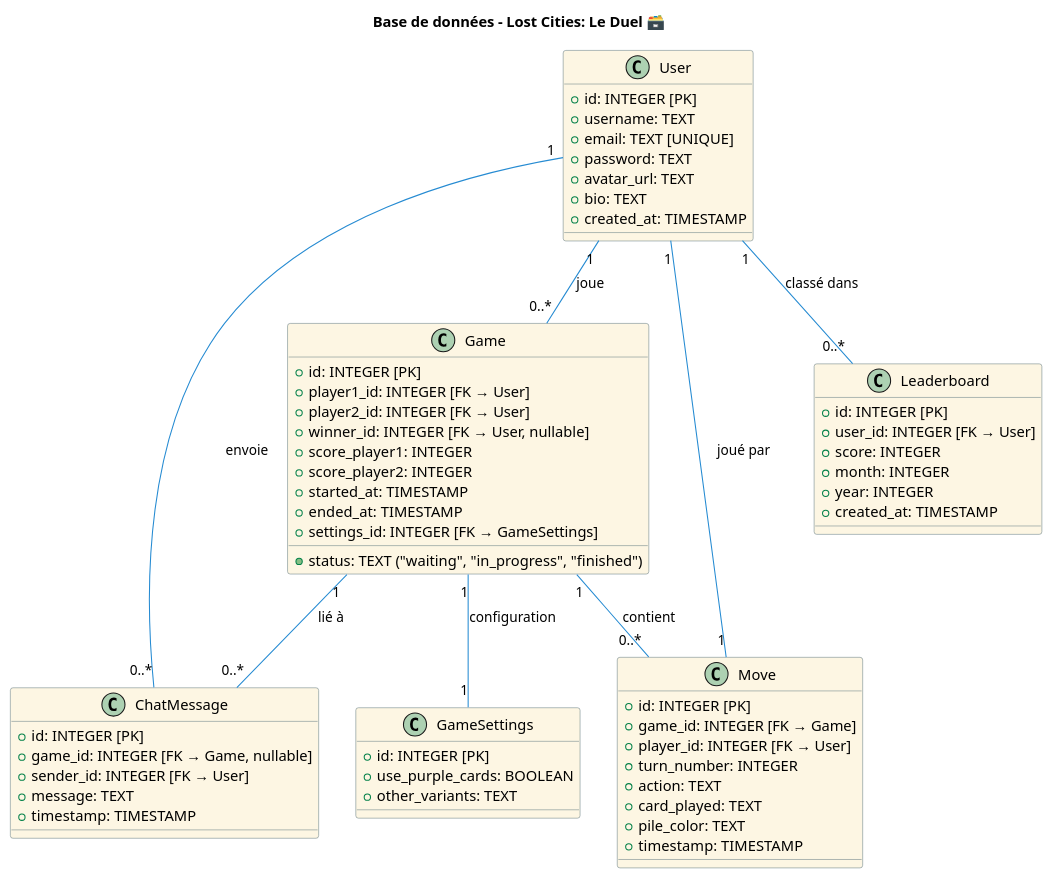
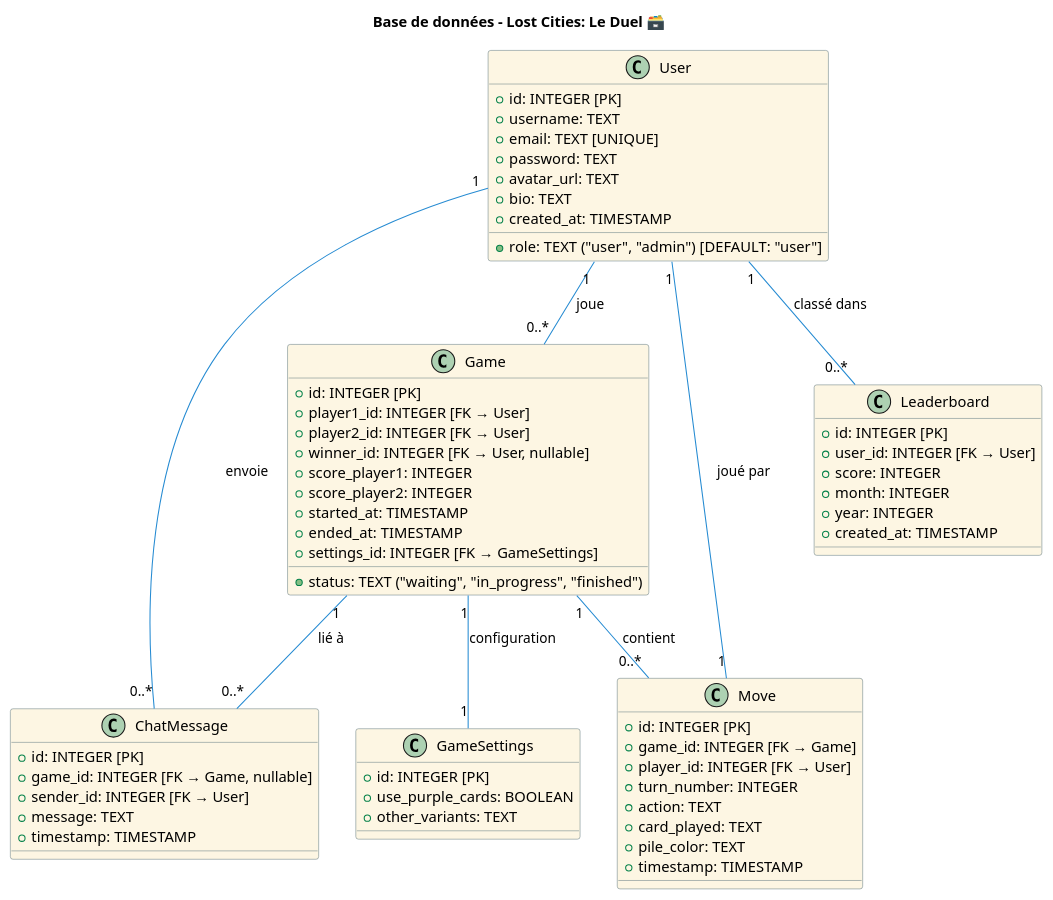
One commit to Swanidoo/LostCities changed the diagram in database/UML.puml. Above: the diagram before and after it, drawn with PlantUML.

Commit message:
added role field to the database user table in UML

```diff
--- a/database/UML.puml
+++ b/database/UML.puml
@@ -1,78 +1,79 @@
 @startuml LostCities UML
 title Base de données - Lost Cities: Le Duel 🗃️
 
 skinparam class {
   BackgroundColor #FDF6E3
   ArrowColor #268BD2
   BorderColor #657B83
   FontName "Segoe UI"
 }
 
 '-------------------------------
 class User {
   +id: INTEGER [PK]
   +username: TEXT
   +email: TEXT [UNIQUE]
   +password: TEXT
   +avatar_url: TEXT
   +bio: TEXT
   +created_at: TIMESTAMP
+  +role: TEXT ("user", "admin") [DEFAULT: "user"]
 }
 
 class Game {
   +id: INTEGER [PK]
   +player1_id: INTEGER [FK → User]
   +player2_id: INTEGER [FK → User]
   +status: TEXT ("waiting", "in_progress", "finished")
   +winner_id: INTEGER [FK → User, nullable]
   +score_player1: INTEGER
   +score_player2: INTEGER
   +started_at: TIMESTAMP
   +ended_at: TIMESTAMP
   +settings_id: INTEGER [FK → GameSettings]
 }
 
 class GameSettings {
   +id: INTEGER [PK]
   +use_purple_cards: BOOLEAN
   +other_variants: TEXT
 }
 
 class Move {
   +id: INTEGER [PK]
   +game_id: INTEGER [FK → Game]
   +player_id: INTEGER [FK → User]
   +turn_number: INTEGER
   +action: TEXT
   +card_played: TEXT
   +pile_color: TEXT
   +timestamp: TIMESTAMP
 }
 
 class ChatMessage {
   +id: INTEGER [PK]
   +game_id: INTEGER [FK → Game, nullable]
   +sender_id: INTEGER [FK → User]
   +message: TEXT
   +timestamp: TIMESTAMP
 }
 
 class Leaderboard {
   +id: INTEGER [PK]
   +user_id: INTEGER [FK → User]
   +score: INTEGER
   +month: INTEGER 
   +year: INTEGER
   +created_at: TIMESTAMP
 }
 
 '-------------------------------
 User "1" -- "0..*" Game : joue
 Game "1" -- "0..*" Move : contient
 Game "1" -- "0..*" ChatMessage : lié à
 User "1" -- "0..*" ChatMessage : envoie
 User "1" -- "0..*" Leaderboard : classé dans
 Game "1" -- "1" GameSettings : configuration
 Move "1" -- "1" User : joué par
 
 @enduml
```
